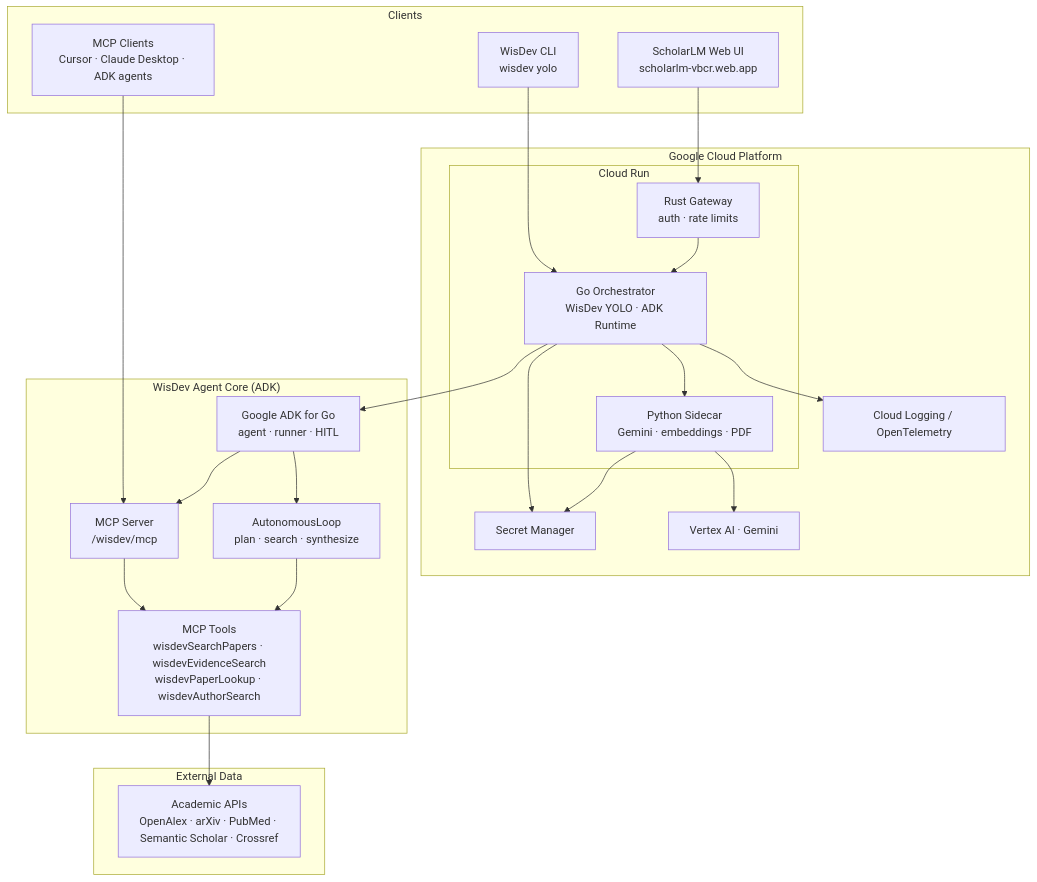
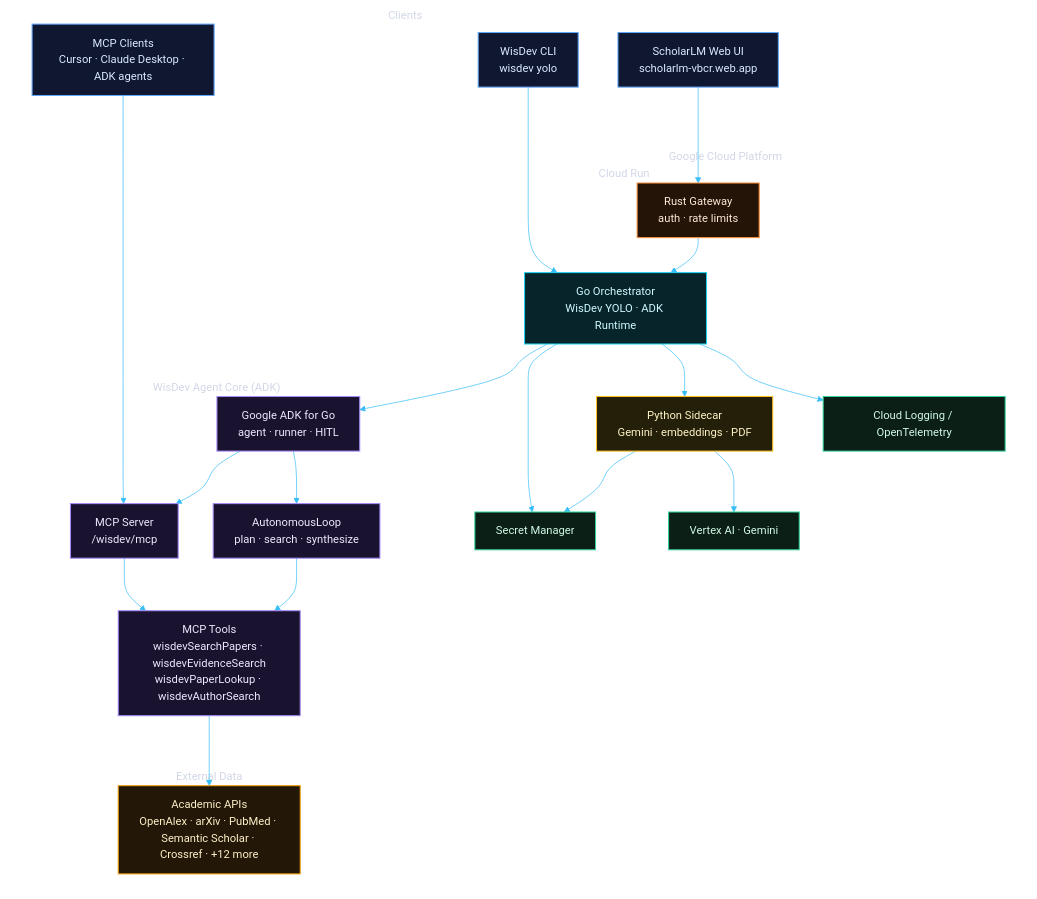
Before and after one commit to bharathvbcr/WisDev: the first of 2 diagrams in docs/hackathon/ARCHITECTURE.md, drawn with Mermaid. The commit also changed 43 other files, not shown here.

````diff
--- a/docs/hackathon/ARCHITECTURE.md
+++ b/docs/hackathon/ARCHITECTURE.md
@@ -9,42 +9,69 @@
 ```mermaid
+%%{init: {'theme':'base','themeVariables':{
+  'fontFamily':'Inter, ui-sans-serif, system-ui, sans-serif',
+  'background':'#0a0a0f',
+  'primaryColor':'#0f121c',
+  'primaryTextColor':'#e5e7eb',
+  'primaryBorderColor':'#38bdf8',
+  'lineColor':'#38bdf8',
+  'clusterBkg':'rgba(255,255,255,0.02)',
+  'clusterBorder':'rgba(255,255,255,0.12)',
+  'edgeLabelBackground':'#0a0a0f'
+}}}%%
 flowchart TB
     subgraph Clients["Clients"]
         CLI["WisDev CLI<br/>wisdev yolo"]
         UI["ScholarLM Web UI<br/>scholarlm-vbcr.web.app"]
         MCPClients["MCP Clients<br/>Cursor · Claude Desktop · ADK agents"]
     end
 
     subgraph GCP["Google Cloud Platform"]
         subgraph CloudRun["Cloud Run"]
             GW["Rust Gateway<br/>auth · rate limits"]
             GO["Go Orchestrator<br/>WisDev YOLO · ADK Runtime"]
             PY["Python Sidecar<br/>Gemini · embeddings · PDF"]
         end
         SM["Secret Manager"]
         OTEL["Cloud Logging / OpenTelemetry"]
         VTX["Vertex AI · Gemini"]
     end
 
     subgraph AgentCore["WisDev Agent Core (ADK)"]
         ADK["Google ADK for Go<br/>agent · runner · HITL"]
         LOOP["AutonomousLoop<br/>plan · search · synthesize"]
         MCP["MCP Server<br/>/wisdev/mcp"]
         TOOLS["MCP Tools<br/>wisdevSearchPapers · wisdevEvidenceSearch<br/>wisdevPaperLookup · wisdevAuthorSearch"]
     end
 
     subgraph External["External Data"]
-        APIs["Academic APIs<br/>OpenAlex · arXiv · PubMed · Semantic Scholar · Crossref"]
+        APIs["Academic APIs<br/>OpenAlex · arXiv · PubMed · Semantic Scholar · Crossref · +12 more"]
     end
 
     CLI --> GO
     UI --> GW --> GO
     MCPClients --> MCP
     GO --> ADK --> LOOP
     ADK --> MCP --> TOOLS
     LOOP --> TOOLS
     GO --> PY --> VTX
     TOOLS --> APIs
     GO --> SM
     GO --> OTEL
     PY --> SM
+
+    classDef client fill:#0f1830,stroke:#60a5fa,color:#dbeafe,stroke-width:1.5px;
+    classDef edge fill:#241307,stroke:#fb923c,color:#fde9d6,stroke-width:1.5px;
+    classDef orch fill:#07242b,stroke:#22d3ee,color:#cffafe,stroke-width:1.5px;
+    classDef py fill:#241f08,stroke:#fbbf24,color:#fef3c7,stroke-width:1.5px;
+    classDef agent fill:#1a1330,stroke:#a78bfa,color:#ede9fe,stroke-width:1.5px;
+    classDef data fill:#231708,stroke:#f59e0b,color:#fef0c7,stroke-width:1.5px;
+    classDef infra fill:#0b1f17,stroke:#34d399,color:#d1fae5,stroke-width:1.5px;
+
+    class CLI,UI,MCPClients client;
+    class GW edge;
+    class GO orch;
+    class PY py;
+    class ADK,LOOP,MCP,TOOLS agent;
+    class APIs data;
+    class SM,OTEL,VTX infra;
 ```
````
